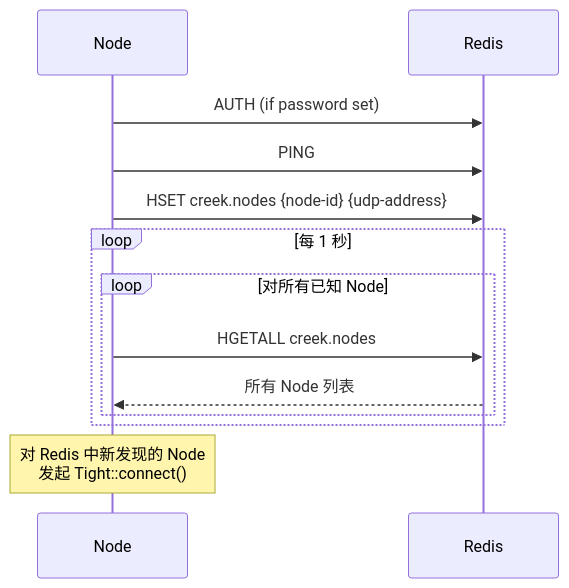
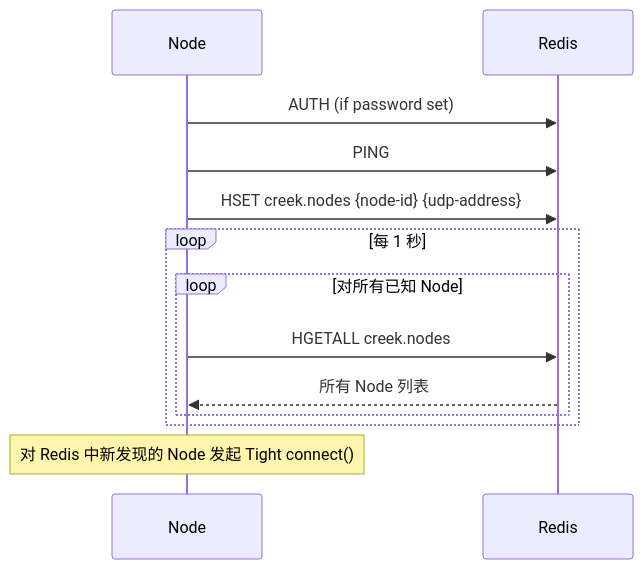
Before and after one commit to arrayforward/creek: the first of 2 diagrams in docs/redis.md, drawn with Mermaid. The commit also changed other lines of this file and 2 other files, not shown here.

Commit message:
fix: remove mermaid br tags causing GitHub render failure
architecture.md: all 9 charts cleaned, br tags removed, subgraph blocks flattened
testing.md: port labels flattened to single line
redis.md: Note over lines use single line

````diff
--- a/docs/redis.md
+++ b/docs/redis.md
@@ -94,18 +94,18 @@
 ```mermaid
 sequenceDiagram
     participant N as Node
     participant R as Redis
 
     N->>R: AUTH (if password set)
     N->>R: PING
     N->>R: HSET creek.nodes {node-id} {udp-address}
 
     loop 每 1 秒
         loop 对所有已知 Node
             N->>R: HGETALL creek.nodes
             R-->>N: 所有 Node 列表
         end
     end
 
-    Note over N: 对 Redis 中新发现的 Node<br/>发起 Tight::connect()
+    Note over N: 对 Redis 中新发现的 Node 发起 Tight connect()
 ```
````
